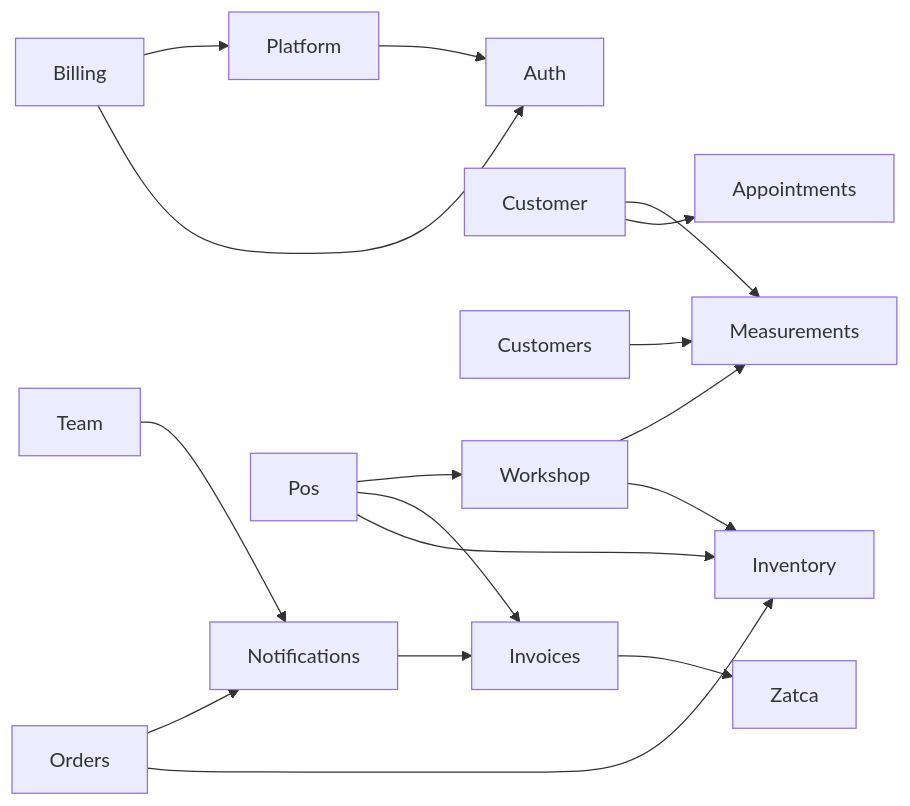
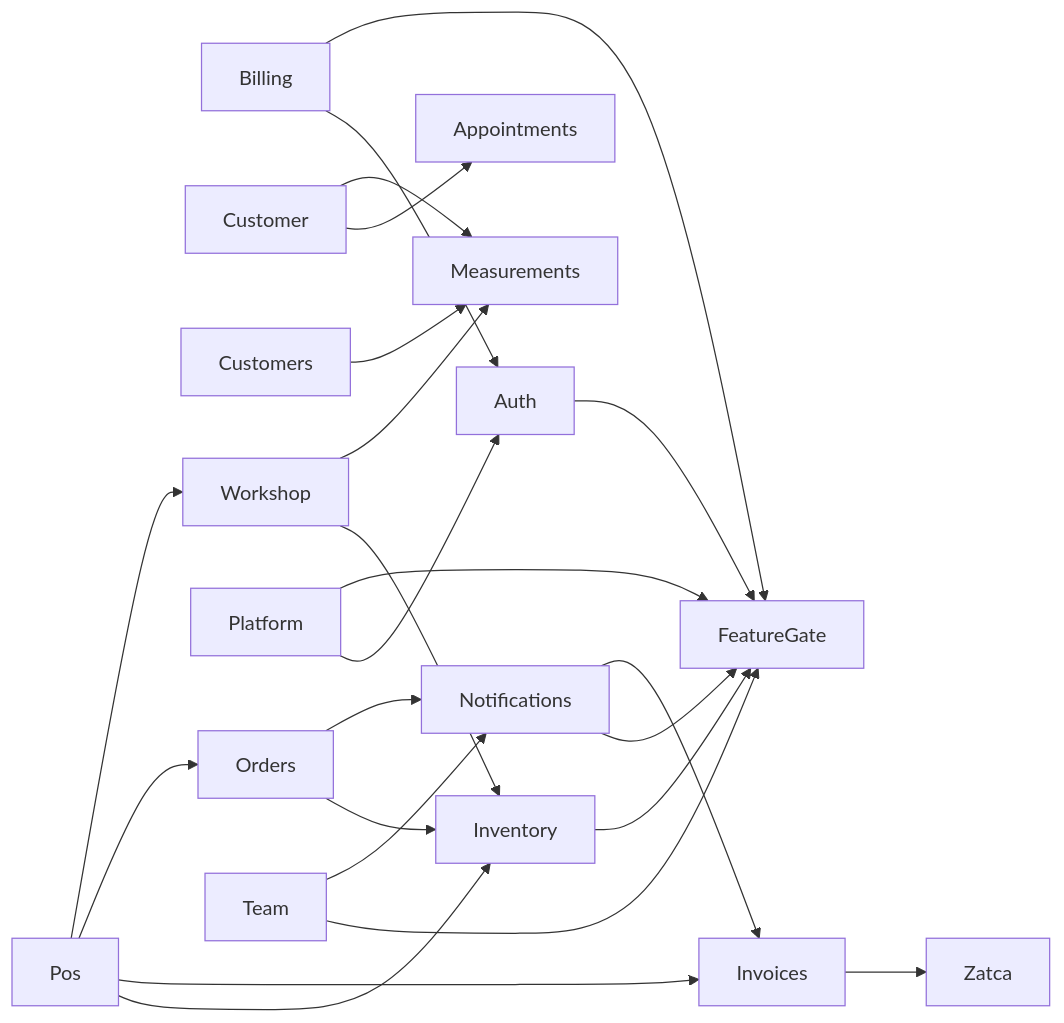
The diagram in docs/MEMORY-GRAPH.md (HMATorg/TailorERP), drawn with Mermaid before and after one commit. The commit also changed other lines of this file and 28 other files, not shown here.

First line of the commit message:
Add trouser measurements, tailor-shop reference fields, and Print Center reprint/settle flow (D-051-056)

````diff
--- a/docs/MEMORY-GRAPH.md
+++ b/docs/MEMORY-GRAPH.md
@@ -23,19 +23,25 @@
 ```mermaid
 graph LR
+  Auth --> FeatureGate
   Billing --> Auth
-  Billing --> Platform
+  Billing --> FeatureGate
   Customer --> Appointments
   Customer --> Measurements
   Customers --> Measurements
+  Inventory --> FeatureGate
   Invoices --> Zatca
+  Notifications --> FeatureGate
   Notifications --> Invoices
   Orders --> Inventory
   Orders --> Notifications
   Platform --> Auth
+  Platform --> FeatureGate
   Pos --> Inventory
   Pos --> Invoices
+  Pos --> Orders
   Pos --> Workshop
+  Team --> FeatureGate
   Team --> Notifications
   Workshop --> Inventory
   Workshop --> Measurements
 ```
````
